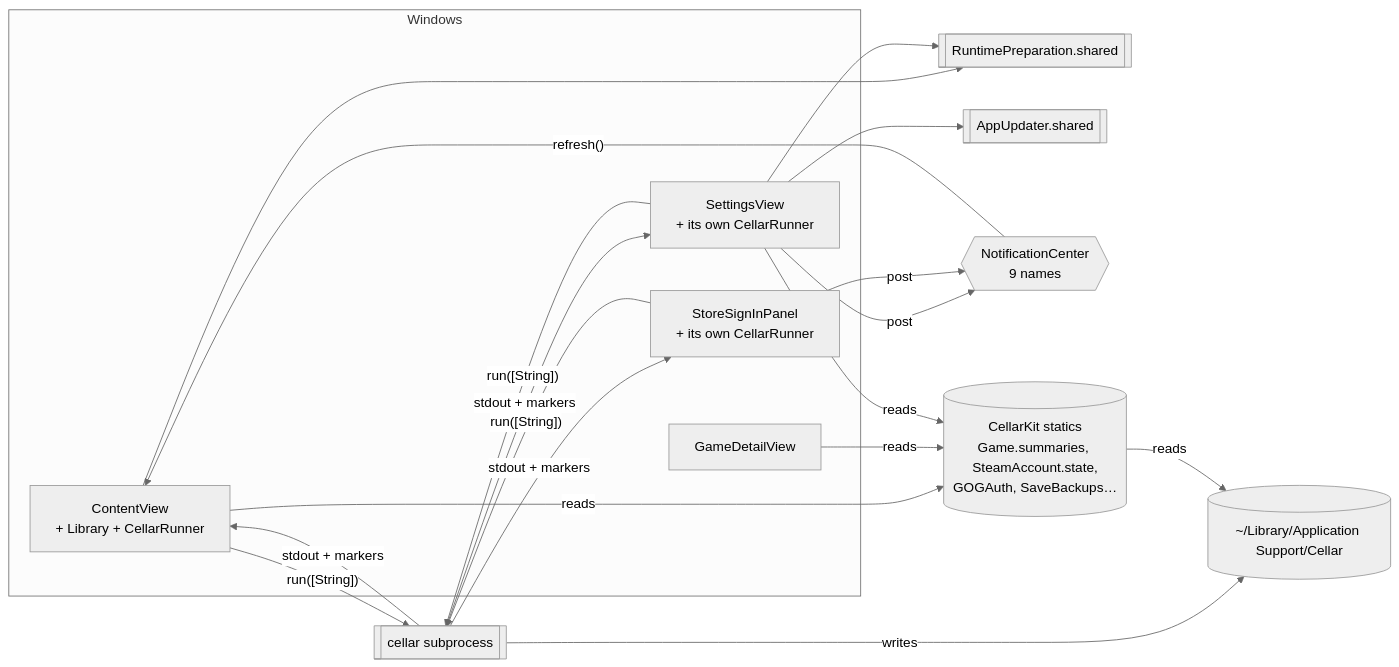
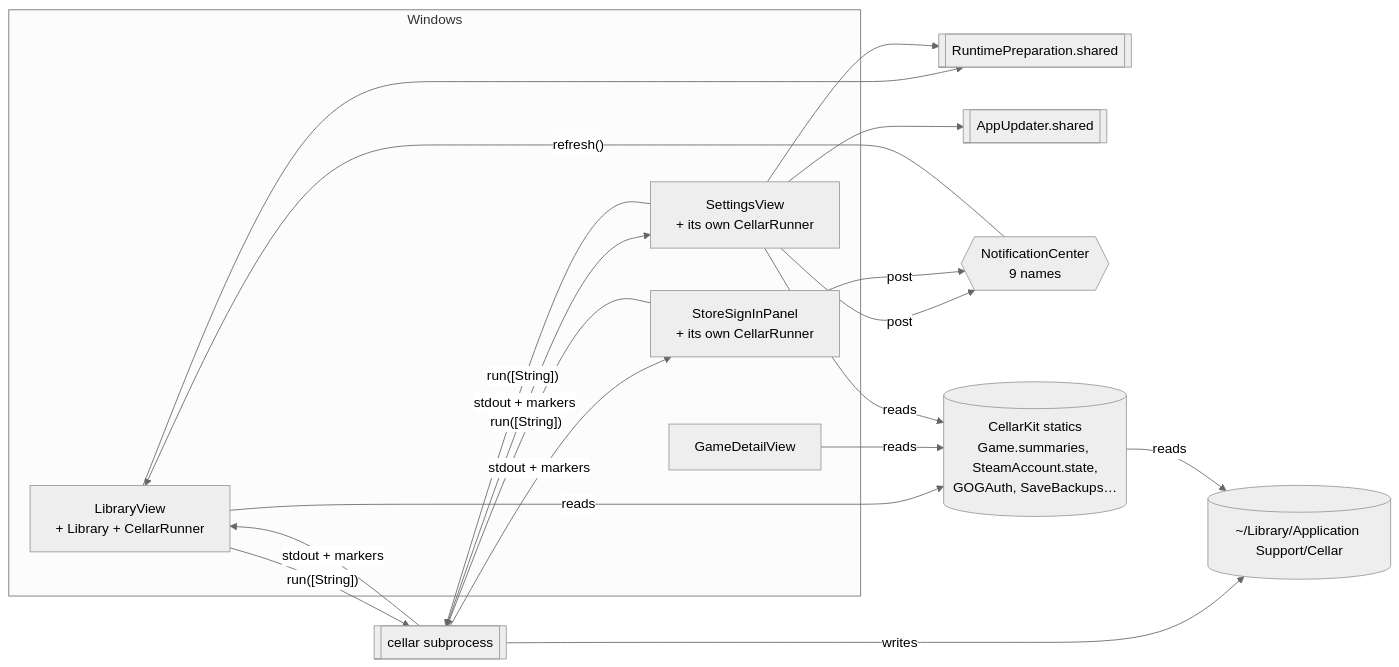
One commit to Echarnus/Cellar changed the second of 5 diagrams in docs/APP-ARCHITECTURE.md. Above: the diagram before and after it, drawn with Mermaid (neutral theme). The commit also changed other lines of this file and 18 other files, not shown here.

````diff
--- a/docs/APP-ARCHITECTURE.md
+++ b/docs/APP-ARCHITECTURE.md
@@ -105,27 +105,27 @@
 ```mermaid
 flowchart LR
     subgraph Windows
-        CV[ContentView<br/>+ Library + CellarRunner]
+        CV[LibraryView<br/>+ Library + CellarRunner]
         SV[SettingsView<br/>+ its own CellarRunner]
         SP[StoreSignInPanel<br/>+ its own CellarRunner]
         GD[GameDetailView]
     end
     S1[[RuntimePreparation.shared]]
     S2[[AppUpdater.shared]]
     NC{{NotificationCenter<br/>9 names}}
     Kit[(CellarKit statics<br/>Game.summaries, SteamAccount.state,<br/>GOGAuth, SaveBackups…)]
     CLI[[cellar subprocess]]
     Disk[(~/Library/Application Support/Cellar)]
 
     CV -- reads --> Kit
     GD -- reads --> Kit
     SV -- reads --> Kit
     CV & SV & SP -- "run([String])" --> CLI
     CLI -- writes --> Disk
     Kit -- reads --> Disk
     CLI -- "stdout + markers" --> CV & SV & SP
     SV & SP -- post --> NC
     NC -- "refresh()" --> CV
     CV & SV --> S1
     SV --> S2
 ```
````
